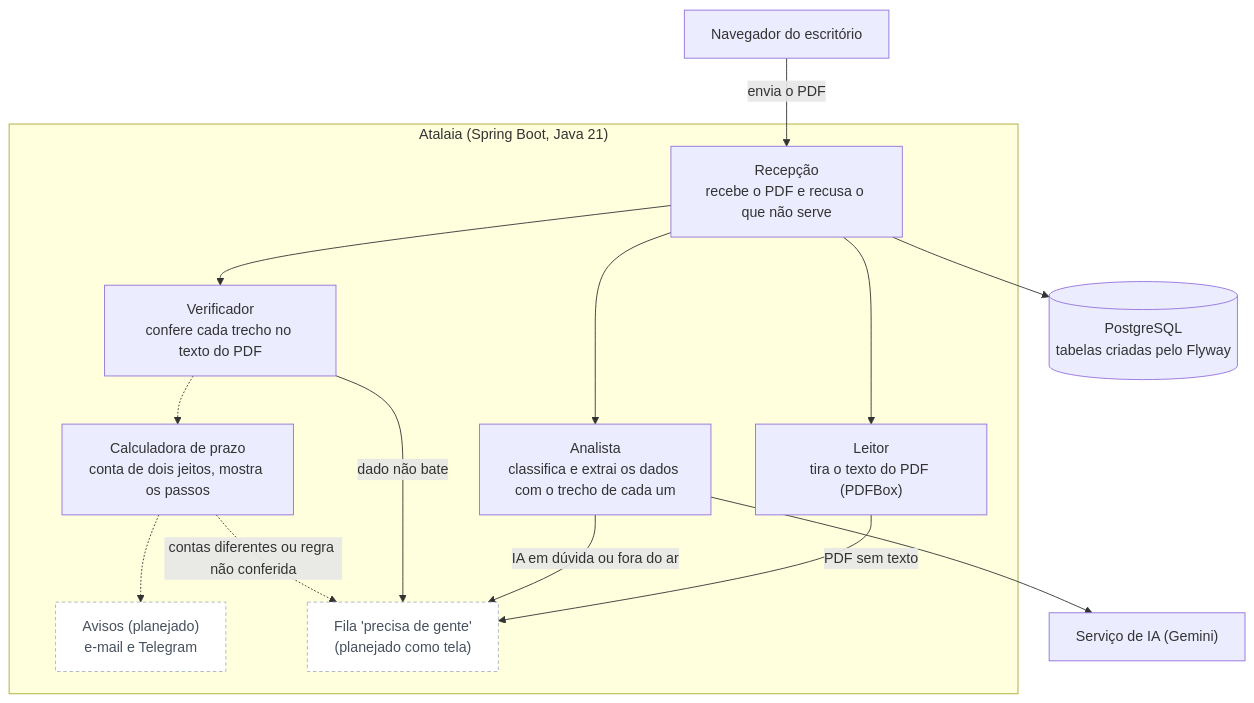
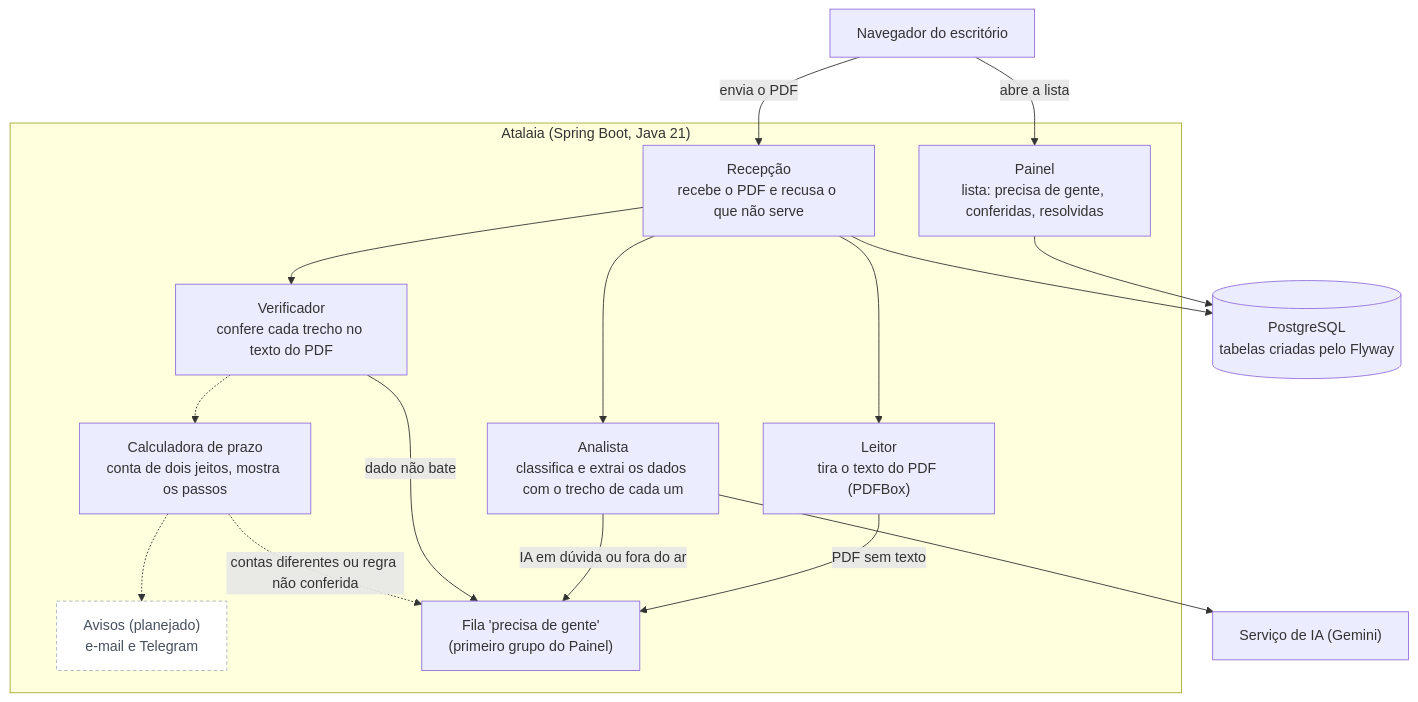
Before and after one commit to namtech-agents/atalaia: the second of 5 diagrams in docs/04-arquitetura/arquitetura.md, drawn with Mermaid. The commit also changed other lines of this file and 1 other file, not shown here.

Commit message:
docs: painel, resolver, cabeçalhos de segurança e a migração V4 nos diagramas (#142)

````diff
--- a/docs/04-arquitetura/arquitetura.md
+++ b/docs/04-arquitetura/arquitetura.md
@@ -58,33 +58,36 @@
 ```mermaid
 flowchart TB
     navegador["Navegador do escritório"]
 
     subgraph app["Atalaia (Spring Boot, Java 21)"]
+        painel["Painel<br/>lista: precisa de gente, conferidas, resolvidas"]
         recepcao["Recepção<br/>recebe o PDF e recusa o que não serve"]
         leitor["Leitor<br/>tira o texto do PDF (PDFBox)"]
         analista["Analista<br/>classifica e extrai os dados com o trecho de cada um"]
         verificador["Verificador<br/>confere cada trecho no texto do PDF"]
         calculadora["Calculadora de prazo<br/>conta de dois jeitos, mostra os passos"]
         avisos["Avisos (planejado)<br/>e-mail e Telegram"]
-        revisao["Fila 'precisa de gente'<br/>(planejado como tela)"]
+        revisao["Fila 'precisa de gente'<br/>(primeiro grupo do Painel)"]
     end
 
     banco[("PostgreSQL<br/>tabelas criadas pelo Flyway")]
     ia["Serviço de IA (Gemini)"]
 
+    navegador -->|abre a lista| painel
+    painel --> banco
     navegador -->|envia o PDF| recepcao
     recepcao --> leitor
     recepcao --> analista
     analista --> ia
     recepcao --> verificador
     verificador -.-> calculadora
     calculadora -.-> avisos
     recepcao --> banco
     leitor -->|PDF sem texto| revisao
     analista -->|IA em dúvida ou fora do ar| revisao
     verificador -->|dado não bate| revisao
     calculadora -.->|contas diferentes ou regra não conferida| revisao
 
     classDef planejado fill:#ffffff,stroke:#aab3bf,stroke-dasharray:4 3,color:#47505e
-    class avisos,revisao planejado
+    class avisos planejado
 ```
````
